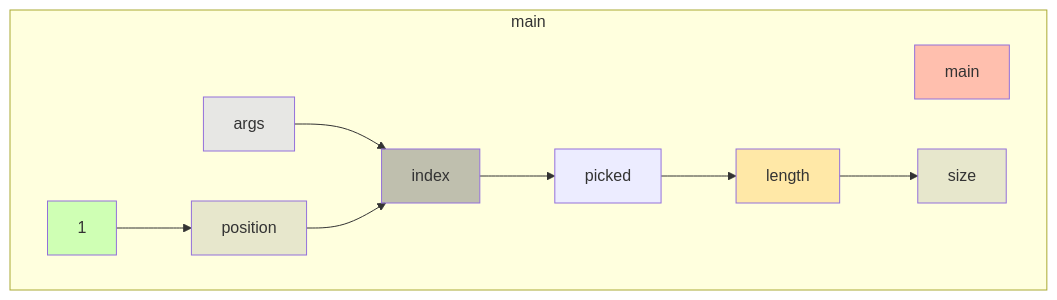
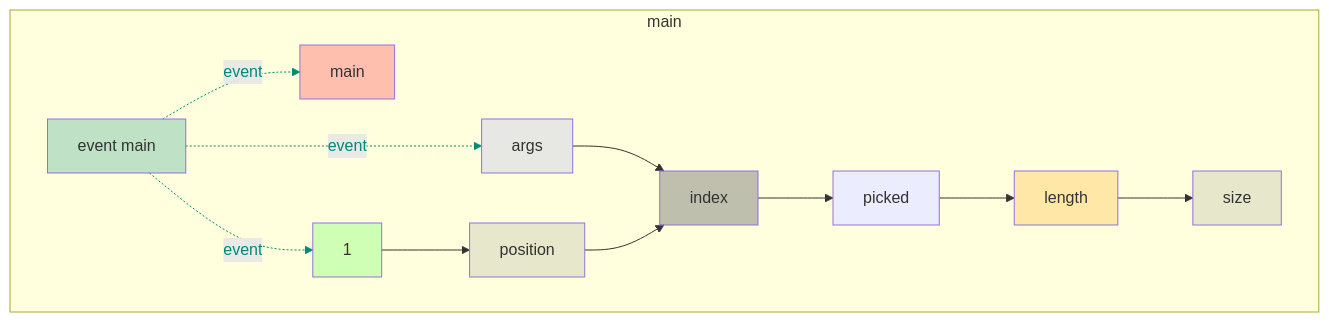
The diagram in app/src/test/resources/arrayAccess/snapshot.md (gstiebler/codeflow), drawn with Mermaid before and after one commit. The commit also changed 77 other files, not shown here.

````diff
--- a/app/src/test/resources/arrayAccess/snapshot.md
+++ b/app/src/test/resources/arrayAccess/snapshot.md
@@ -1,26 +1,34 @@
 ```mermaid
 flowchart TD
   subgraph b0["main"]
-    n1[main]:::RETURN
-    n2[args]:::FUNC_PARAM
-    n3[1]:::LITERAL
-    n4[position]:::VARIABLE
-    n5[index]:::BIN_OP
-    n6[picked]:::OBJ_VARIABLE
-    n7[length]:::EXTERNAL
-    n8[size]:::VARIABLE
-    n2[args]:::FUNC_PARAM --> n5[index]:::BIN_OP
-    n3[1]:::LITERAL --> n4[position]:::VARIABLE
-    n4[position]:::VARIABLE --> n5[index]:::BIN_OP
-    n5[index]:::BIN_OP --> n6[picked]:::OBJ_VARIABLE
-    n6[picked]:::OBJ_VARIABLE --> n7[length]:::EXTERNAL
-    n7[length]:::EXTERNAL --> n8[size]:::VARIABLE
+    n1[event main]:::EVENT
+    n2[main]:::RETURN
+    n3[args]:::FUNC_PARAM
+    n4[1]:::LITERAL
+    n5[position]:::VARIABLE
+    n6[index]:::BIN_OP
+    n7[picked]:::OBJ_VARIABLE
+    n8[length]:::EXTERNAL
+    n9[size]:::VARIABLE
+    n1[event main]:::EVENT -. event .-> n2[main]:::RETURN
+    n1[event main]:::EVENT -. event .-> n3[args]:::FUNC_PARAM
+    n1[event main]:::EVENT -. event .-> n4[1]:::LITERAL
+    n3[args]:::FUNC_PARAM --> n6[index]:::BIN_OP
+    n4[1]:::LITERAL --> n5[position]:::VARIABLE
+    n5[position]:::VARIABLE --> n6[index]:::BIN_OP
+    n6[index]:::BIN_OP --> n7[picked]:::OBJ_VARIABLE
+    n7[picked]:::OBJ_VARIABLE --> n8[length]:::EXTERNAL
+    n8[length]:::EXTERNAL --> n9[size]:::VARIABLE
   end
+  linkStyle 0 stroke:#00897b,color:#00897b
+  linkStyle 1 stroke:#00897b,color:#00897b
+  linkStyle 2 stroke:#00897b,color:#00897b
   classDef LITERAL fill:#00FF0030
   classDef VARIABLE fill:#80808030
   classDef BIN_OP fill:#80808080
   classDef FUNC_PARAM fill:#8080FF30
   classDef RETURN fill:#FF808080
   classDef EXTERNAL fill:#FFA50040
   classDef UNMODELLED fill:#FF000030,stroke-dasharray: 4 2
+  classDef EVENT fill:#00897B40
 ```
````
